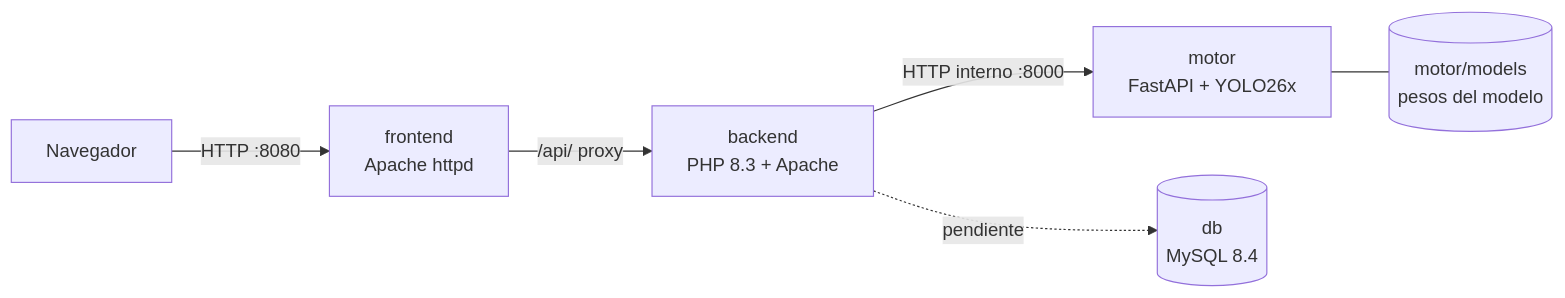
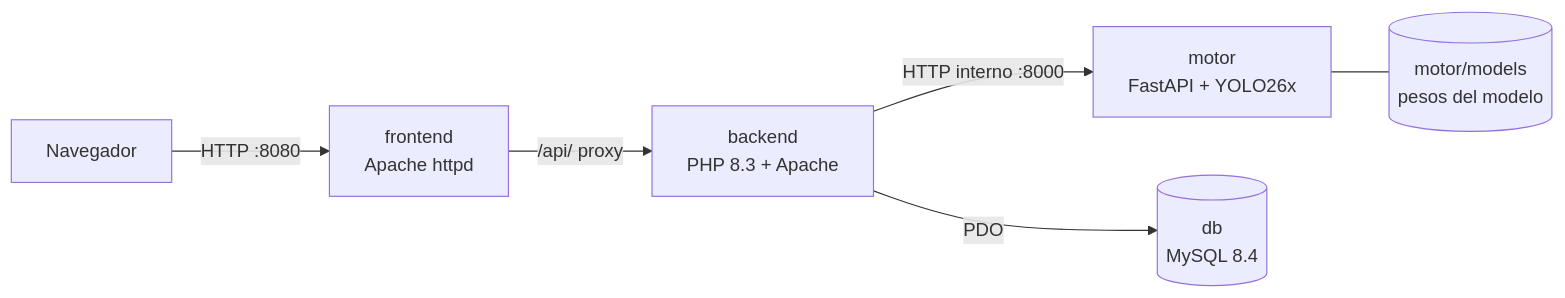
Before and after one commit to proyectos-ia-itesi/detector_objetos_video: the diagram in README.md, drawn with Mermaid. The commit also changed other lines of this file and 35 other files, not shown here.

````diff
--- a/README.md
+++ b/README.md
@@ -27,8 +27,8 @@
 ```mermaid
 flowchart LR
     U[Navegador] -->|HTTP :8080| F[frontend<br/>Apache httpd]
     F -->|/api/ proxy| B[backend<br/>PHP 8.3 + Apache]
     B -->|HTTP interno :8000| M[motor<br/>FastAPI + YOLO26x]
-    B -.->|pendiente| D[(db<br/>MySQL 8.4)]
+    B -->|PDO| D[(db<br/>MySQL 8.4)]
     M --- V[(motor/models<br/>pesos del modelo)]
 ```
````
